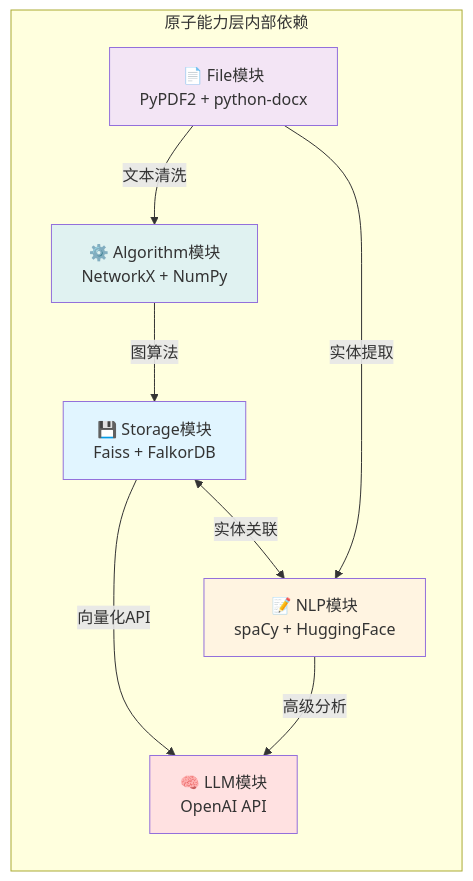
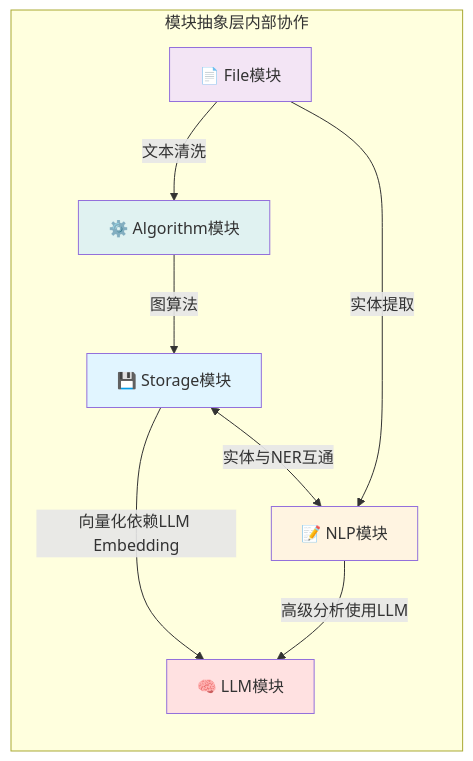
Before and after one commit to kailiangenn/another-me: the fourth of 13 diagrams in ame-doc/architecture.md, drawn with Mermaid. The commit also changed other lines of this file, not shown here.

````diff
--- a/ame-doc/architecture.md
+++ b/ame-doc/architecture.md
@@ -334,26 +477,26 @@
 ```mermaid
 graph LR
-    subgraph Foundation["原子能力层内部依赖"]
+    subgraph ModuleLayer["模块抽象层内部协作"]
         direction TB
         
-        LLM["🧠 LLM模块<br/>OpenAI API"]
-        Storage["💾 Storage模块<br/>Faiss + FalkorDB"]
-        NLP["📝 NLP模块<br/>spaCy + HuggingFace"]
-        File["📄 File模块<br/>PyPDF2 + python-docx"]
-        Algorithm["⚙️ Algorithm模块<br/>NetworkX + NumPy"]
+        LLM["🧠 LLM模块"]
+        Storage["💾 Storage模块"]
+        NLP["📝 NLP模块"]
+        File["📄 File模块"]
+        Algorithm["⚙️ Algorithm模块"]
         
-        %% 依赖关系
-        Storage -->|向量化API| LLM
-        NLP -->|高级分析| LLM
-        Storage <-->|实体关联| NLP
+        %% 协作关系
+        Storage -->|向量化依赖LLM Embedding| LLM
+        NLP -->|高级分析使用LLM| LLM
+        Storage <-->|实体与NER互通| NLP
         File -->|文本清洗| Algorithm
         File -->|实体提取| NLP
         Algorithm -->|图算法| Storage
     end
 
     style LLM fill:#ffe1e1
     style Storage fill:#e1f5ff
     style NLP fill:#fff4e1
     style File fill:#f3e5f5
     style Algorithm fill:#e0f2f1
 ```
````
